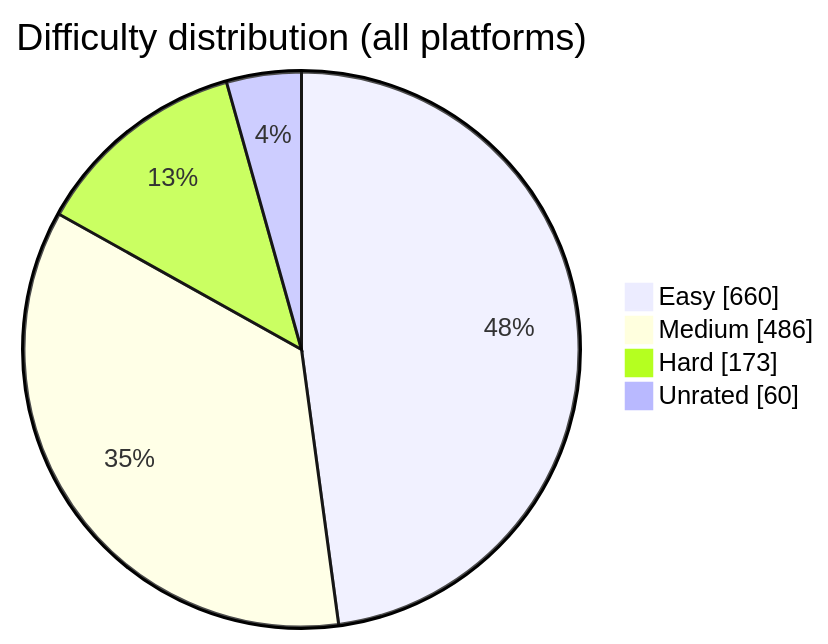
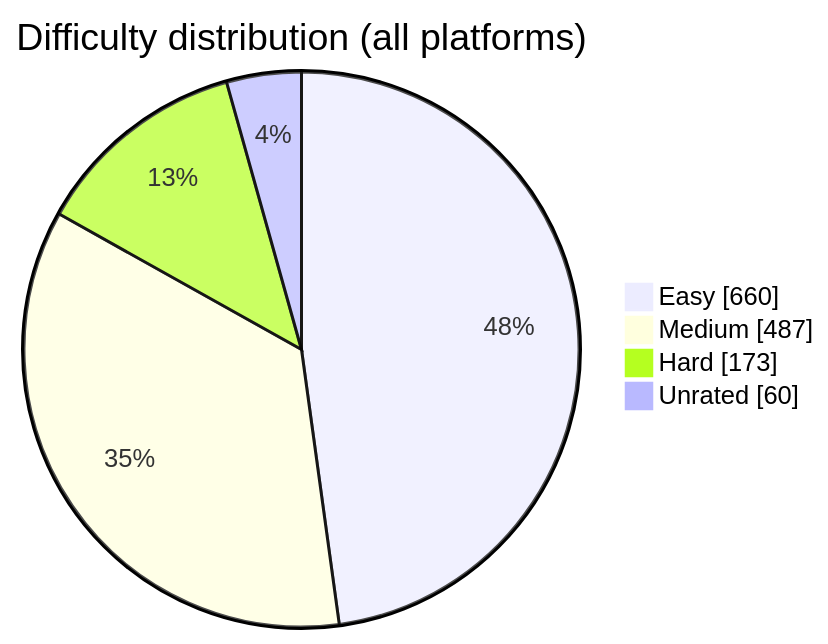
One commit to BuildbyArindam/Daily-Coding-Log changed the diagram in README.md. Above: the diagram before and after it, drawn with Mermaid. The commit also changed other lines of this file, not shown here.

````diff
--- a/README.md
+++ b/README.md
@@ -93,7 +93,7 @@
 ```mermaid
 pie showData title Difficulty distribution (all platforms)
     "Easy" : 660
-    "Medium" : 486
+    "Medium" : 487
     "Hard" : 173
     "Unrated" : 60
 ```
````
